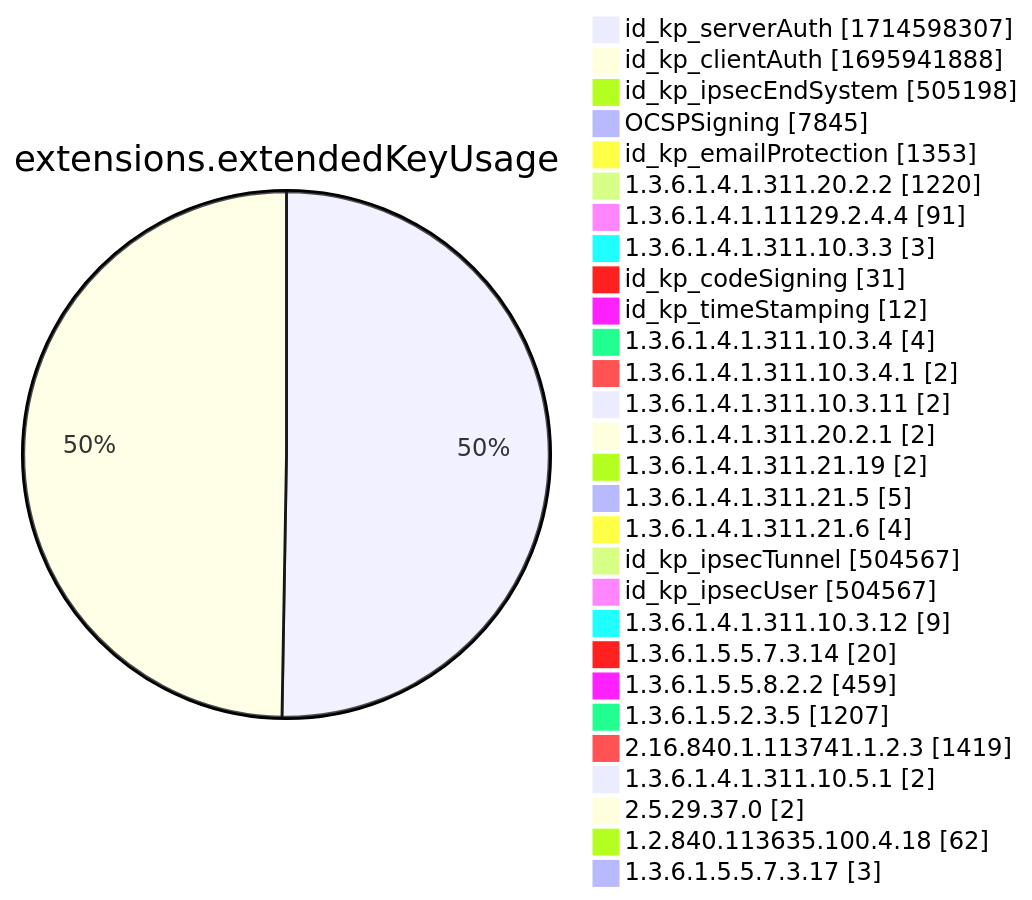
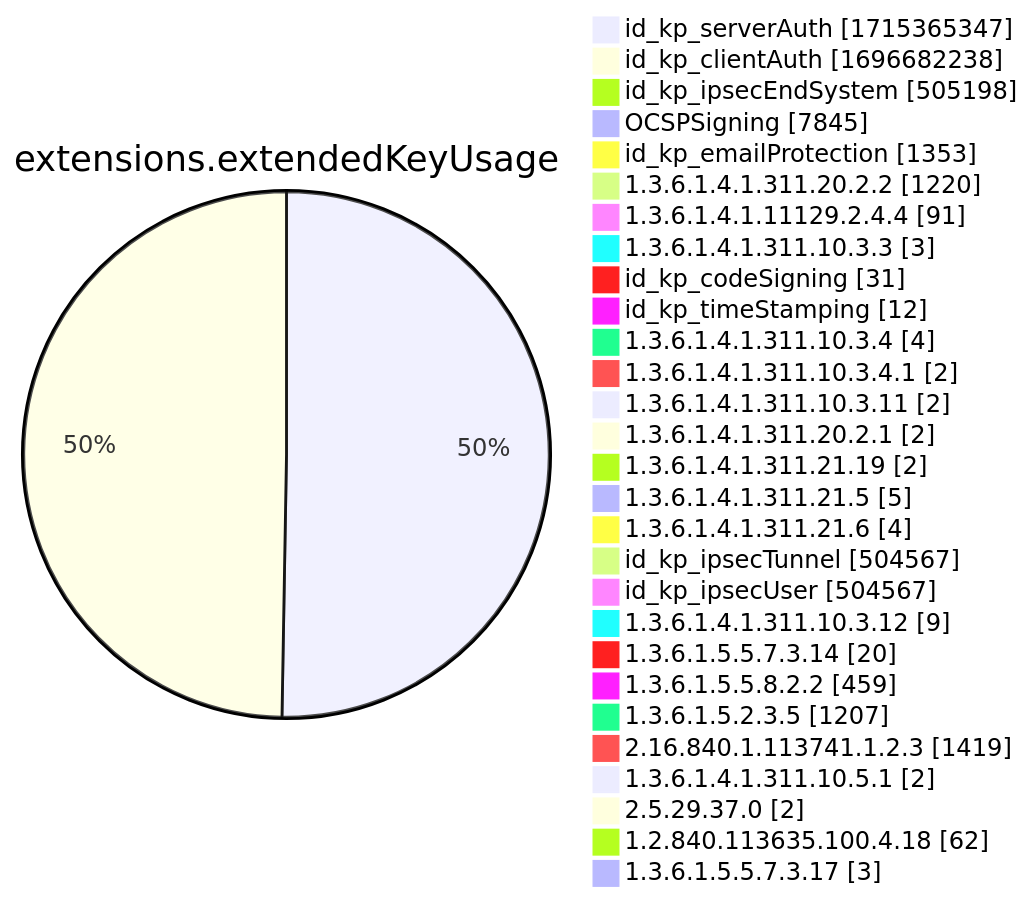
Diagram 12 of 15 in xenon2022/README.md (christiankrug/ctmonitor_visualization), drawn with Mermaid before and after one commit. The commit also changed other lines of this file, not shown here.

````diff
--- a/xenon2022/README.md
+++ b/xenon2022/README.md
@@ -3888,32 +3888,32 @@
 ```mermaid
 pie showData
 title extensions.extendedKeyUsage
-"id_kp_serverAuth" :1714598307
-"id_kp_clientAuth" :1695941888
+"id_kp_serverAuth" :1715365347
+"id_kp_clientAuth" :1696682238
 "id_kp_ipsecEndSystem" :505198
 "OCSPSigning" :7845
 "id_kp_emailProtection" :1353
 "1.3.6.1.4.1.311.20.2.2" :1220
 "1.3.6.1.4.1.11129.2.4.4" :91
 "1.3.6.1.4.1.311.10.3.3" :3
 "id_kp_codeSigning" :31
 "id_kp_timeStamping" :12
 "1.3.6.1.4.1.311.10.3.4" :4
 "1.3.6.1.4.1.311.10.3.4.1" :2
 "1.3.6.1.4.1.311.10.3.11" :2
 "1.3.6.1.4.1.311.20.2.1" :2
 "1.3.6.1.4.1.311.21.19" :2
 "1.3.6.1.4.1.311.21.5" :5
 "1.3.6.1.4.1.311.21.6" :4
 "id_kp_ipsecTunnel" :504567
 "id_kp_ipsecUser" :504567
 "1.3.6.1.4.1.311.10.3.12" :9
 "1.3.6.1.5.5.7.3.14" :20
 "1.3.6.1.5.5.8.2.2" :459
 "1.3.6.1.5.2.3.5" :1207
 "2.16.840.1.113741.1.2.3" :1419
 "1.3.6.1.4.1.311.10.5.1" :2
 "2.5.29.37.0" :2
 "1.2.840.113635.100.4.18" :62
 "1.3.6.1.5.5.7.3.17" :3
 ```
````
